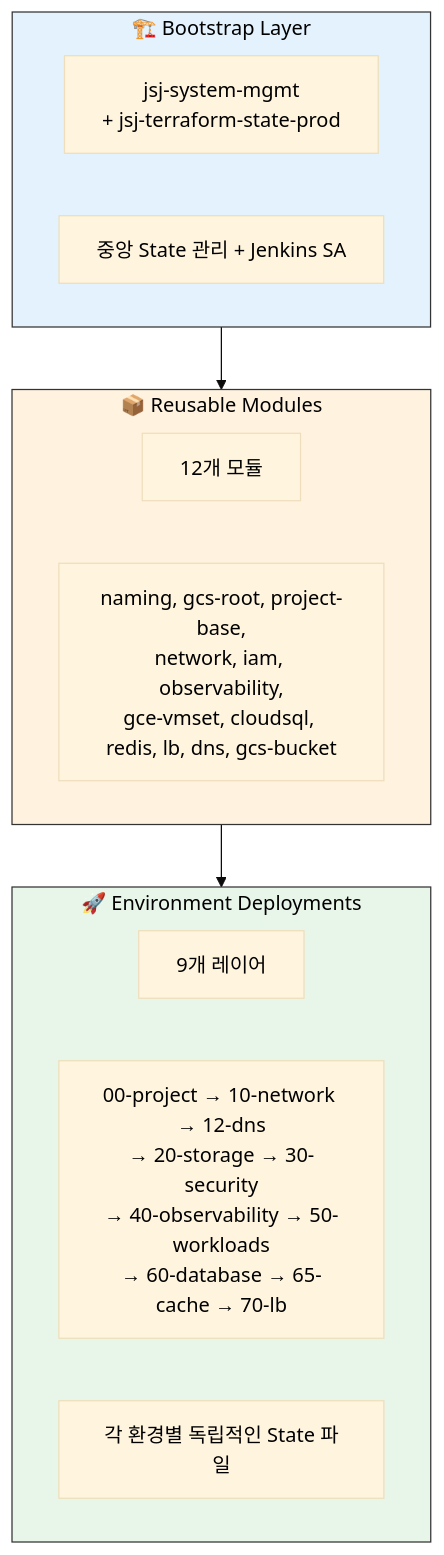
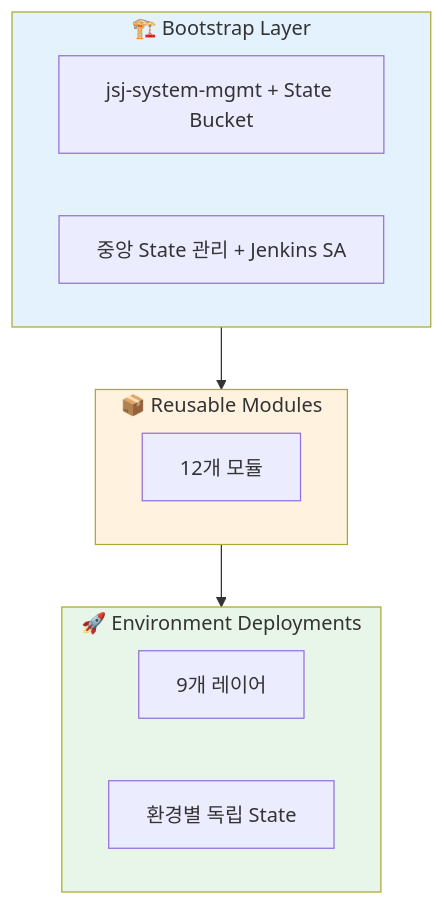
The first of 4 diagrams in terraform_gcp_infra/docs/architecture/overview.md (JSJ2337/GCP_terraform_code), drawn with Mermaid before and after one commit. The commit also changed other lines of this file and 5 other files, not shown here.

First line of the commit message:
fix: Mermaid 다이어그램 테마를 default로 변경 및 단순화

````diff
--- a/terraform_gcp_infra/docs/architecture/overview.md
+++ b/terraform_gcp_infra/docs/architecture/overview.md
@@ -7,26 +7,24 @@
 ```mermaid
-%%{init: {'theme': 'base', 'themeVariables': { 'primaryTextColor': '#000000', 'secondaryTextColor': '#000000', 'tertiaryTextColor': '#000000', 'clusterBkg': '#ffffff', 'clusterBorder': '#333333' }}}%%
+%%{init: {'theme': 'default'}}%%
 flowchart TB
     subgraph Bootstrap["🏗️ Bootstrap Layer"]
-        MGMT["jsj-system-mgmt<br/>+ jsj-terraform-state-prod"]
-        DESC1["중앙 State 관리 + Jenkins SA"]
+        MGMT[jsj-system-mgmt + State Bucket]
+        DESC1[중앙 State 관리 + Jenkins SA]
     end
 
     subgraph Modules["📦 Reusable Modules"]
-        MOD["12개 모듈"]
-        MOD_LIST["naming, gcs-root, project-base,<br/>network, iam, observability,<br/>gce-vmset, cloudsql, redis, lb, dns, gcs-bucket"]
+        MOD[12개 모듈]
     end
 
     subgraph Environments["🚀 Environment Deployments"]
-        ENV["9개 레이어"]
-        ENV_LIST["00-project → 10-network → 12-dns<br/>→ 20-storage → 30-security<br/>→ 40-observability → 50-workloads<br/>→ 60-database → 65-cache → 70-lb"]
-        STATE["각 환경별 독립적인 State 파일"]
+        ENV[9개 레이어]
+        STATE[환경별 독립 State]
     end
 
     Bootstrap --> Modules
     Modules --> Environments
 
-    style Bootstrap fill:#e3f2fd,color:#000000
-    style Modules fill:#fff3e0,color:#000000
-    style Environments fill:#e8f5e9,color:#000000
+    style Bootstrap fill:#e3f2fd
+    style Modules fill:#fff3e0
+    style Environments fill:#e8f5e9
 ```
````
